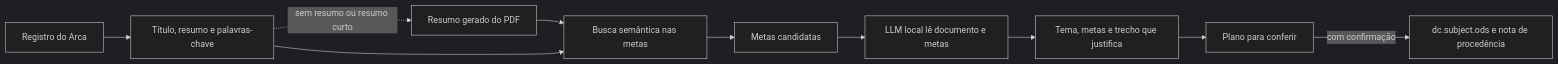
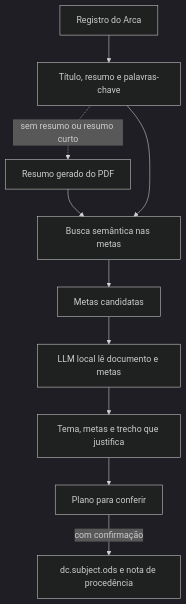
The diagram in README.md (XbelchiorX/Arca-ODS), drawn with Mermaid (dark theme) before and after one commit.

Commit message:
README: diagrama na vertical, para ficar legivel

````diff
--- a/README.md
+++ b/README.md
@@ -32,12 +32,12 @@
 ```mermaid
-flowchart LR
+flowchart TD
     A[Registro do Arca] --> B[Título, resumo e palavras-chave]
     B -. sem resumo ou resumo curto .-> C[Resumo gerado do PDF]
     C --> D
     B --> D[Busca semântica nas metas]
     D --> E[Metas candidatas]
     E --> F[LLM local lê documento e metas]
     F --> G[Tema, metas e trecho que justifica]
     G --> H[Plano para conferir]
     H -->|com confirmação| I[dc.subject.ods e nota de procedência]
 ```
````
